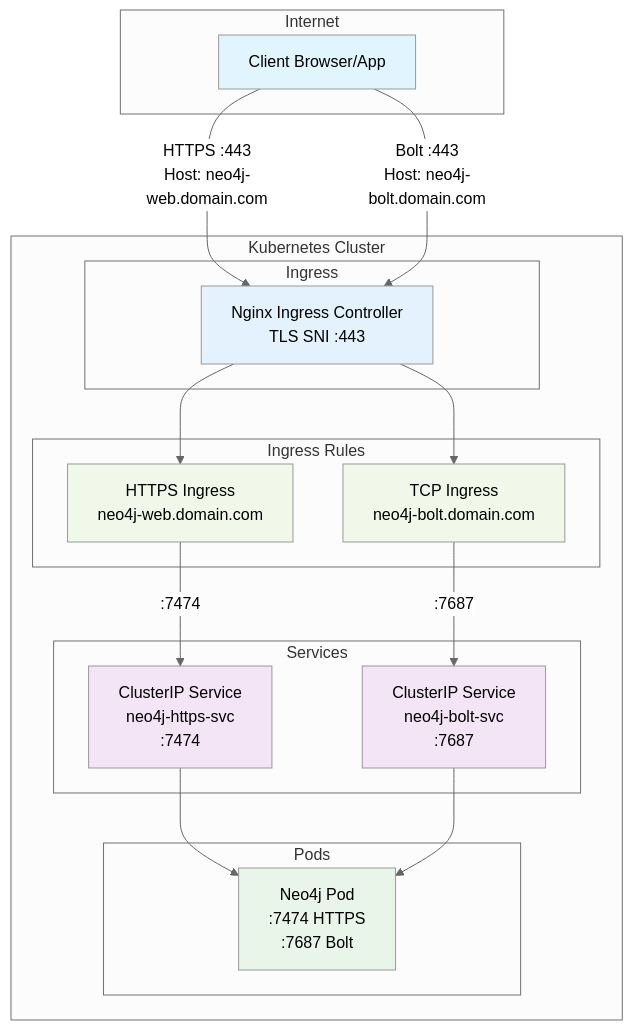
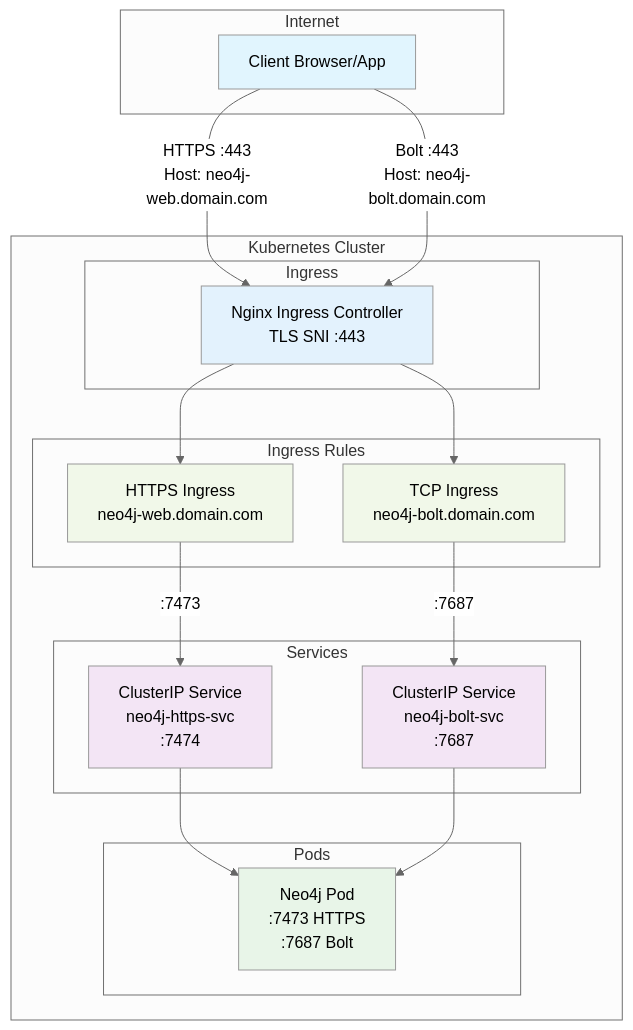
The third of 4 diagrams in readme.md (chboudry/neo4j-kubernetes), drawn with Mermaid (neutral theme) before and after one commit. The commit also changed other lines of this file and 38 other files, not shown here.

Commit message:
remove helm charts

````diff
--- a/readme.md
+++ b/readme.md
@@ -104,46 +104,46 @@
 ```mermaid
 graph TB
     subgraph "Internet"
         Client[Client Browser/App]
     end
     
     subgraph "Kubernetes Cluster"
         subgraph "Ingress"
             IC[Nginx Ingress Controller<br/>TLS SNI :443]
         end
         
         subgraph "Services"
             Neo4jHTTPS[ClusterIP Service<br/>neo4j-https-svc<br/>:7474]
             Neo4jBolt[ClusterIP Service<br/>neo4j-bolt-svc<br/>:7687]
         end
         
         subgraph "Pods"
-            Neo4j[Neo4j Pod<br/>:7474 HTTPS<br/>:7687 Bolt]
+            Neo4j[Neo4j Pod<br/>:7473 HTTPS<br/>:7687 Bolt]
         end
         
         subgraph "Ingress Rules"
             HTTPSRule[HTTPS Ingress<br/>neo4j-web.domain.com]
             BoltRule[TCP Ingress<br/>neo4j-bolt.domain.com]
         end
     end
     
     Client -->|HTTPS :443<br/>Host: neo4j-web.domain.com| IC
     Client -->|Bolt :443<br/>Host: neo4j-bolt.domain.com| IC
     
     IC --> HTTPSRule
     IC --> BoltRule
     
-    HTTPSRule -->|:7474| Neo4jHTTPS
+    HTTPSRule -->|:7473| Neo4jHTTPS
     BoltRule -->|:7687| Neo4jBolt
     
     Neo4jHTTPS --> Neo4j
     Neo4jBolt --> Neo4j
     
     style Client fill:#e1f5fe
     style IC fill:#e3f2fd
     style HTTPSRule fill:#f1f8e9
     style BoltRule fill:#f1f8e9
     style Neo4jHTTPS fill:#f3e5f5
     style Neo4jBolt fill:#f3e5f5
     style Neo4j fill:#e8f5e8
 ```
````
